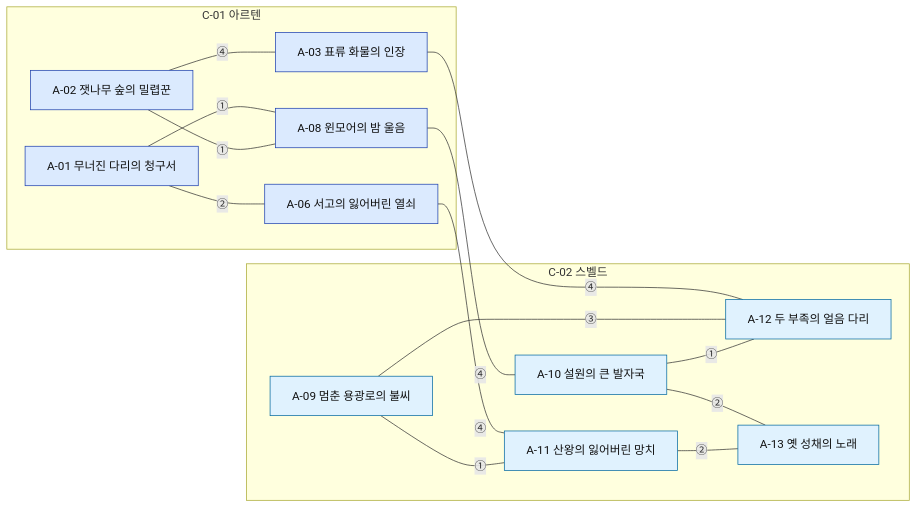
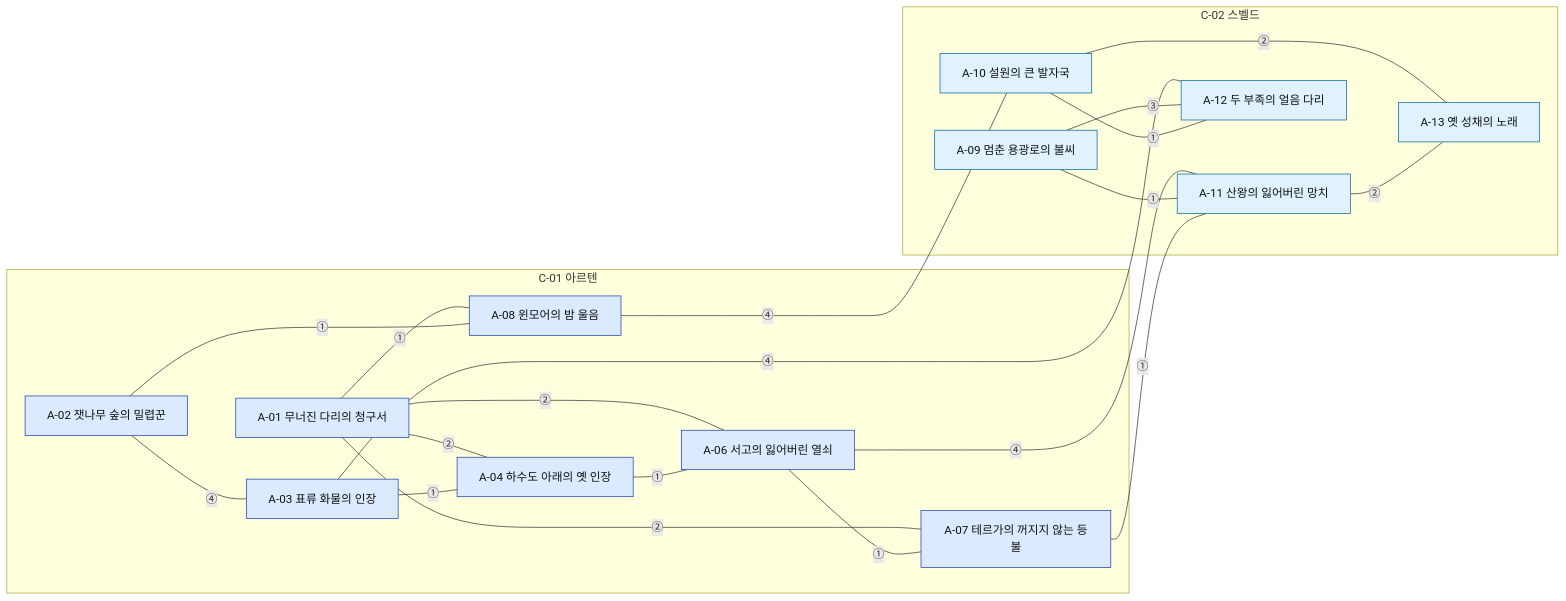
One commit to Armgimozi/nai-cg-maker changed the sixth of 6 diagrams in design/07_stories_hidden.md. Above: the diagram before and after it, drawn with Mermaid. The commit also changed other lines of this file and 3 other files, not shown here.

````diff
--- a/design/07_stories_hidden.md
+++ b/design/07_stories_hidden.md
@@ -692,36 +697,44 @@
 ```mermaid
 graph LR
     subgraph C01["C-01 아르텐"]
         A01["A-01 무너진 다리의 청구서"]
         A02["A-02 잿나무 숲의 밀렵꾼"]
         A03["A-03 표류 화물의 인장"]
+        A04["A-04 하수도 아래의 옛 인장"]
         A06["A-06 서고의 잃어버린 열쇠"]
+        A07["A-07 테르가의 꺼지지 않는 등불"]
         A08["A-08 윈모어의 밤 울음"]
     end
     subgraph C02["C-02 스벨드"]
         A09["A-09 멈춘 용광로의 불씨"]
         A10["A-10 설원의 큰 발자국"]
         A11["A-11 산왕의 잃어버린 망치"]
         A12["A-12 두 부족의 얼음 다리"]
         A13["A-13 옛 성채의 노래"]
     end
     A01 ---|①| A08
+    A01 ---|②| A07
+    A01 ---|②| A04
     A01 ---|②| A06
     A02 ---|①| A08
     A02 ---|④| A03
+    A03 ---|①| A04
     A03 ---|④| A12
+    A04 ---|①| A06
     A06 ---|④| A11
     A08 ---|④| A10
     A09 ---|①| A11
     A09 ---|③| A12
     A10 ---|①| A12
     A10 ---|②| A13
     A11 ---|②| A13
-    class A01,A02,A03,A06,A08 c1;
+    A06 ---|①| A07
+    A07 ---|①| A11
+    class A01,A02,A03,A04,A06,A07,A08 c1;
     class A09,A10,A11,A12,A13 c2;
     classDef c1 fill:#dbeafe,stroke:#1e40af,color:#111;
     classDef c2 fill:#e0f2fe,stroke:#0369a1,color:#111;
     classDef c3 fill:#fef3c7,stroke:#b45309,color:#111;
     classDef c4 fill:#dcfce7,stroke:#15803d,color:#111;
     classDef c5 fill:#fee2e2,stroke:#b91c1c,color:#111;
 ```
````
